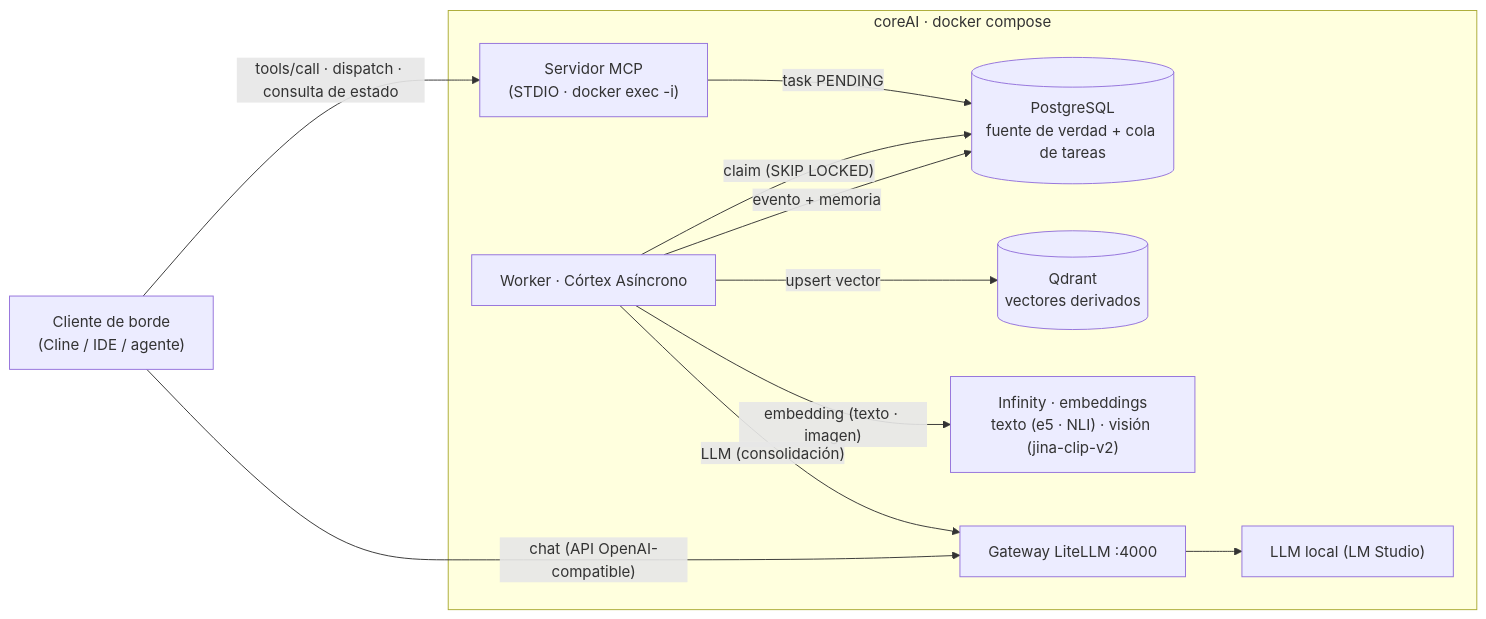
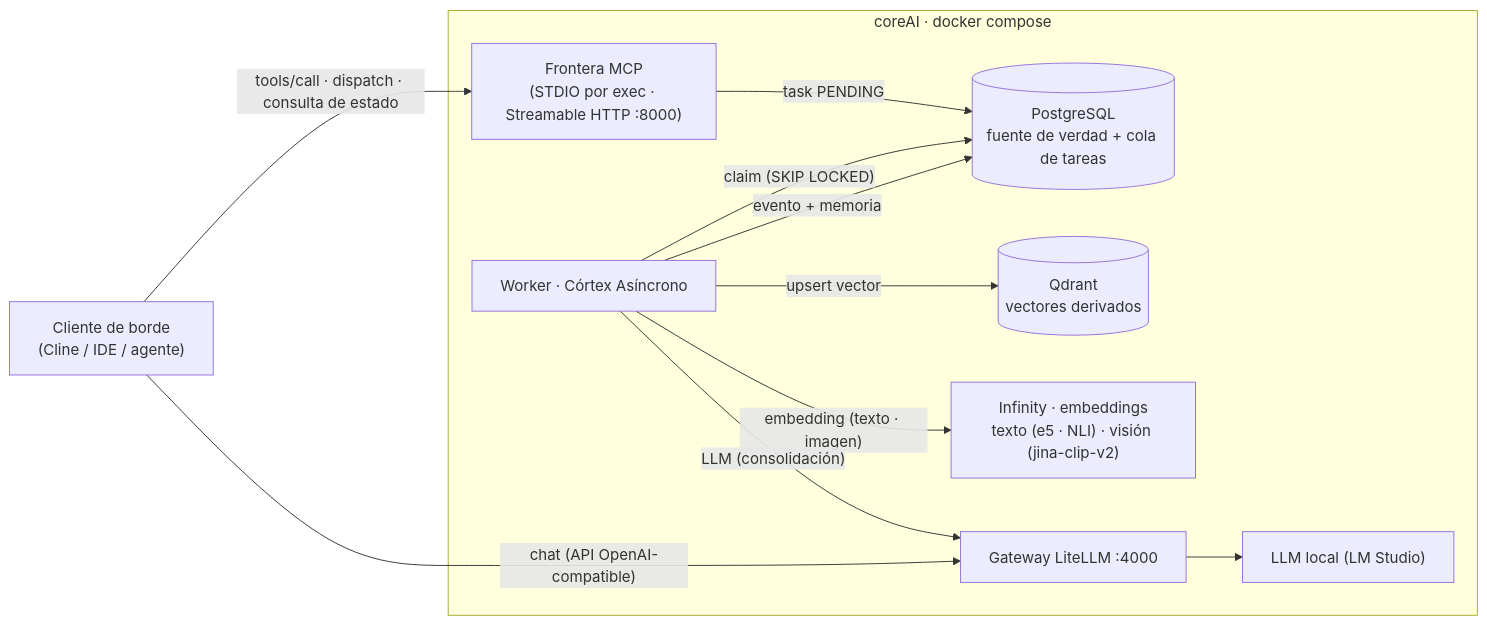
The diagram in README.md (DavidGCalles/coreAI), drawn with Mermaid before and after one commit. The commit also changed other lines of this file and 1 other file, not shown here.

First line of the commit message:
docs: README al día — frontera por streamable HTTP — y exposición registrada en el compose

````diff
--- a/README.md
+++ b/README.md
@@ -20,22 +20,22 @@
 ```mermaid
 flowchart LR
     CLIENT["Cliente de borde<br/>(Cline / IDE / agente)"]
     subgraph DOCKER["coreAI · docker compose"]
-        MCP["Servidor MCP<br/>(STDIO · docker exec -i)"]
+        MCP["Frontera MCP<br/>(STDIO por exec · Streamable HTTP :8000)"]
         PG[("PostgreSQL<br/>fuente de verdad + cola de tareas")]
         WORKER["Worker · Córtex Asíncrono"]
         QDRANT[("Qdrant<br/>vectores derivados")]
         INFINITY["Infinity · embeddings<br/>texto (e5 · NLI) · visión (jina-clip-v2)"]
         LITELLM["Gateway LiteLLM :4000"]
         LLM["LLM local (LM Studio)"]
     end
     CLIENT -- "tools/call · dispatch · consulta de estado" --> MCP
     MCP -- "task PENDING" --> PG
     WORKER -- "claim (SKIP LOCKED)" --> PG
     WORKER -- "evento + memoria" --> PG
     WORKER -- "embedding (texto · imagen)" --> INFINITY
     WORKER -- "upsert vector" --> QDRANT
     WORKER -- "LLM (consolidación)" --> LITELLM
     LITELLM --> LLM
     CLIENT -- "chat (API OpenAI-compatible)" --> LITELLM
 ```
````
